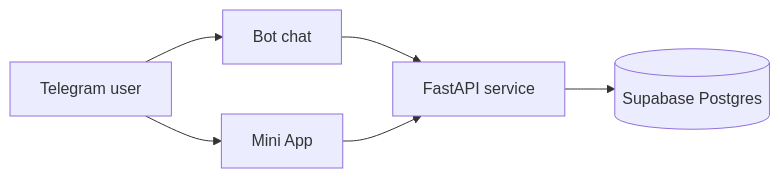
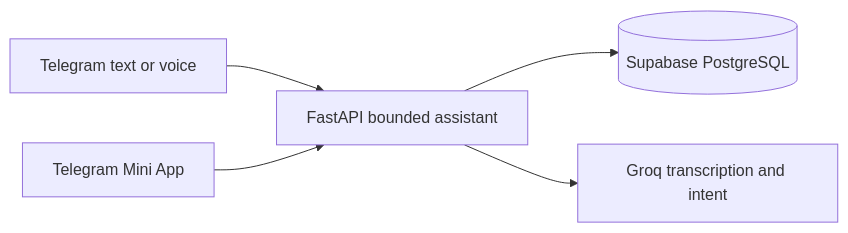
One commit to ARPANPATRA111/PR-Agent changed the diagram in README.md. Above: the diagram before and after it, drawn with Mermaid. The commit also changed other lines of this file and 5 other files, not shown here.

````diff
--- a/README.md
+++ b/README.md
@@ -22,8 +25,7 @@
 ```mermaid
 flowchart LR
-    U[Telegram user] --> B[Bot chat]
-    U --> M[Mini App]
-    B --> A[FastAPI service]
-    M --> A
-    A --> D[(Supabase Postgres)]
+    T[Telegram text or voice] --> A[FastAPI bounded assistant]
+    M[Telegram Mini App] --> A
+    A --> S[(Supabase PostgreSQL)]
+    A --> G[Groq transcription and intent]
 ```
````
